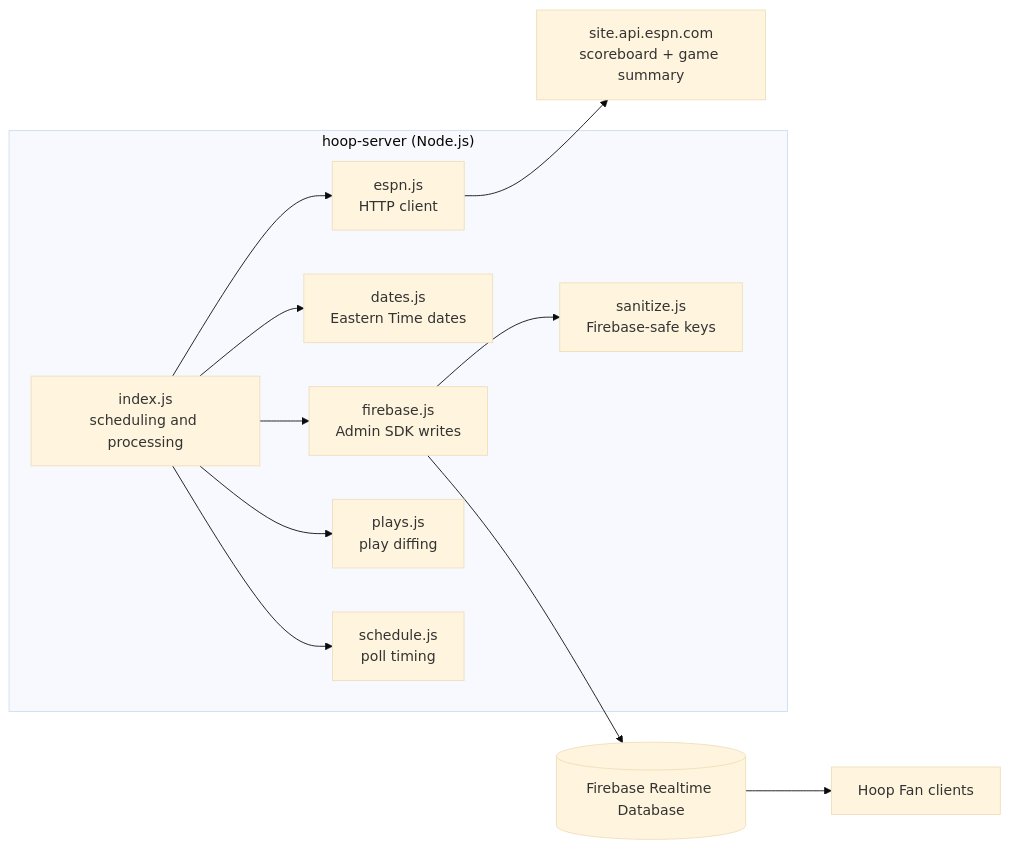
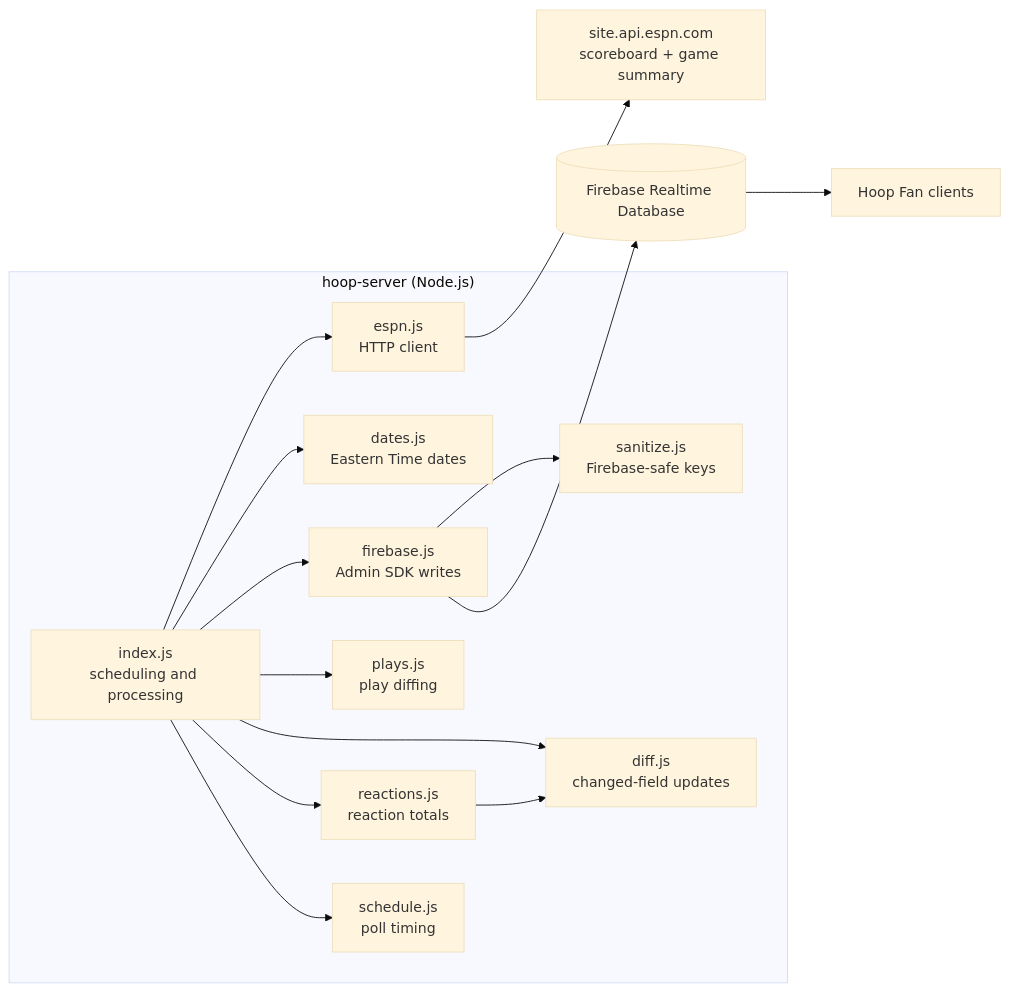
Before and after one commit to kriskramer/hoop-server: the first of 2 diagrams in docs/architecture.md, drawn with Mermaid (base theme). The commit also changed other lines of this file and 7 other files, not shown here.

````diff
--- a/docs/architecture.md
+++ b/docs/architecture.md
@@ -5,27 +5,32 @@
 ```mermaid
 flowchart LR
     ESPN["site.api.espn.com<br/>scoreboard + game summary"]
 
     subgraph Server["hoop-server (Node.js)"]
         IDX["index.js<br/>scheduling and processing"]
         API["espn.js<br/>HTTP client"]
         DATES["dates.js<br/>Eastern Time dates"]
         FB["firebase.js<br/>Admin SDK writes"]
         SAN["sanitize.js<br/>Firebase-safe keys"]
         PLAYS["plays.js<br/>play diffing"]
+        DIFF["diff.js<br/>changed-field updates"]
+        REACT["reactions.js<br/>reaction totals"]
         SCHED["schedule.js<br/>poll timing"]
     end
 
     RTDB[("Firebase Realtime Database")]
     CLIENTS["Hoop Fan clients"]
 
     IDX --> API
     IDX --> DATES
     IDX --> FB
     IDX --> PLAYS
+    IDX --> DIFF
+    IDX --> REACT
+    REACT --> DIFF
     IDX --> SCHED
     FB --> SAN
     API --> ESPN
     FB --> RTDB
     RTDB --> CLIENTS
 ```
````
